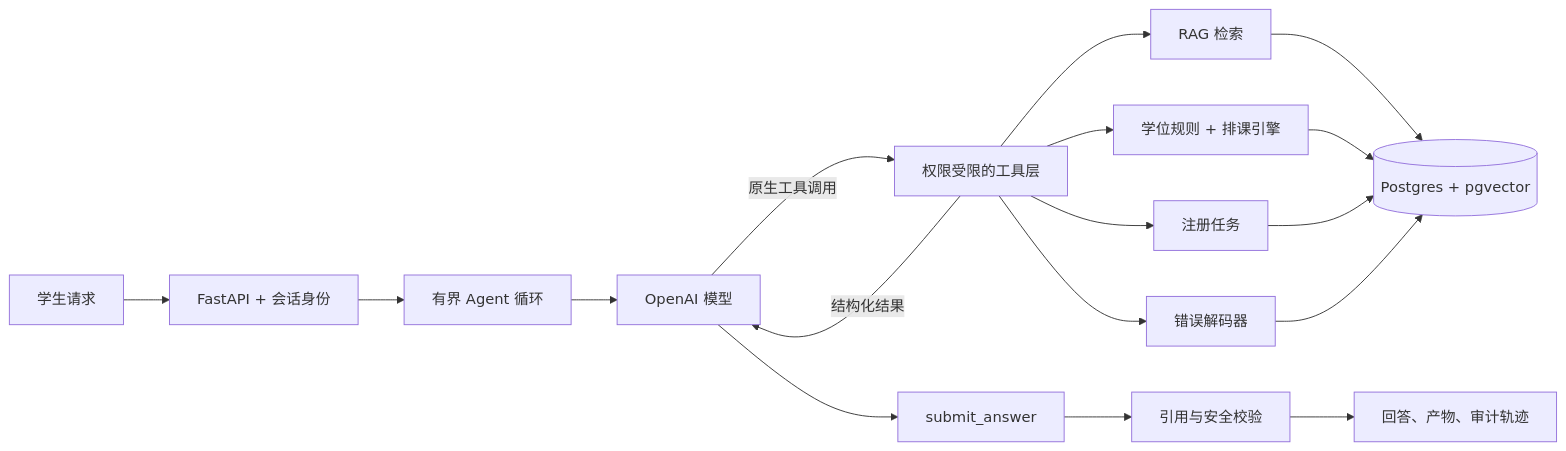
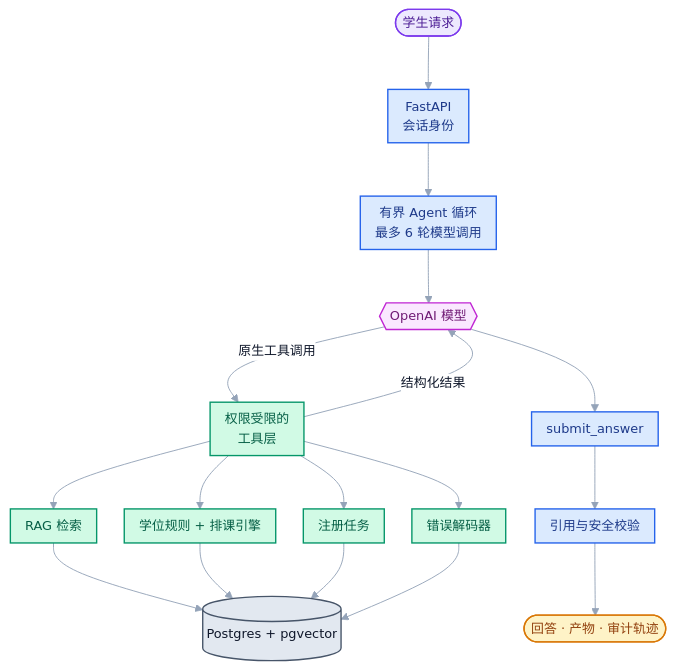
The first of 2 diagrams in README.zh-CN.md (pingan1224/Path-Pilot), drawn with Mermaid before and after one commit. The commit also changed other lines of this file and 1 other file, not shown here.

Commit message:
docs: restyle the agent and RAG diagrams
Both mermaid blocks were unstyled default flowcharts laid out left to right,
which on a README-width column meant a 5:1 strip of identical grey boxes. Neither
diagram said which parts are the model, which are deterministic server code, and
which are storage — the distinction the section around them spends paragraphs on.

Now they are top-down and colour-coded by layer: violet for the entry point, blue
for server-side code, magenta for the model, green for the permission-scoped
tools, slate for storage, amber for the degraded path and the final output. Node
shapes carry the same information — stadium for boundaries, hexagon for the
model, cylinder for the database. The RAG diagram also gains the keyword-fallback
branch, drawn dashed in amber, so the degradation behaviour the prose describes
is visible in the picture.

Colours are opaque pastel fills with dark text and saturated strokes, which keeps
them legible against both GitHub themes; the layout drops to roughly 4:3 so the
labels render at a readable size in the content column. Sub-lines use plain <br/>
rather than <small> so the labels survive either htmlLabels setting.

````diff
--- a/README.zh-CN.md
+++ b/README.zh-CN.md
@@ -86,19 +86,45 @@
 ```mermaid
-flowchart LR
-    U["学生请求"] --> API["FastAPI + 会话身份"]
-    API --> A["有界 Agent 循环"]
-    A --> L["OpenAI 模型"]
-    L -->|"原生工具调用"| T["权限受限的工具层"]
-    T --> R["RAG 检索"]
-    T --> P["学位规则 + 排课引擎"]
-    T --> M["注册任务"]
-    T --> D["错误解码器"]
-    R --> DB[("Postgres + pgvector")]
+%%{init: {"theme":"base","themeVariables":{"fontFamily":"-apple-system, BlinkMacSystemFont, Segoe UI, PingFang SC, Microsoft YaHei, Helvetica, Arial, sans-serif","fontSize":"14px","lineColor":"#94a3b8","primaryTextColor":"#0f172a","edgeLabelBackground":"#ffffff"},"flowchart":{"curve":"basis","nodeSpacing":30,"rankSpacing":58,"padding":8}}}%%
+flowchart TB
+    U(["学生请求"])
+    API["FastAPI<br/>会话身份"]
+    A["有界 Agent 循环<br/>最多 6 轮模型调用"]
+    L{{"OpenAI 模型"}}
+    T["权限受限的<br/>工具层"]
+    R["RAG 检索"]
+    P["学位规则 + 排课引擎"]
+    M["注册任务"]
+    D["错误解码器"]
+    DB[("Postgres + pgvector")]
+    S["submit_answer"]
+    V["引用与安全校验"]
+    O(["回答 · 产物 · 审计轨迹"])
+
+    U --> API --> A
+    A --> L
+    L -->|"原生工具调用"| T
+    T --> R
+    T --> P
+    T --> M
+    T --> D
+    R --> DB
     P --> DB
     M --> DB
     D --> DB
     T -->|"结构化结果"| L
-    L --> S["submit_answer"]
-    S --> V["引用与安全校验"]
-    V --> O["回答、产物、审计轨迹"]
+    L --> S --> V --> O
+
+    classDef entry fill:#ede9fe,stroke:#7c3aed,stroke-width:1.5px,color:#4c1d95
+    classDef server fill:#dbeafe,stroke:#2563eb,stroke-width:1.5px,color:#1e3a8a
+    classDef model fill:#fae8ff,stroke:#c026d3,stroke-width:1.5px,color:#701a75
+    classDef tool fill:#d1fae5,stroke:#059669,stroke-width:1.5px,color:#065f46
+    classDef data fill:#e2e8f0,stroke:#475569,stroke-width:1.5px,color:#0f172a
+    classDef out fill:#fef3c7,stroke:#d97706,stroke-width:1.5px,color:#92400e
+
+    class U entry
+    class API,A,S,V server
+    class L model
+    class T,R,P,M,D tool
+    class DB data
+    class O out
 ```
````
